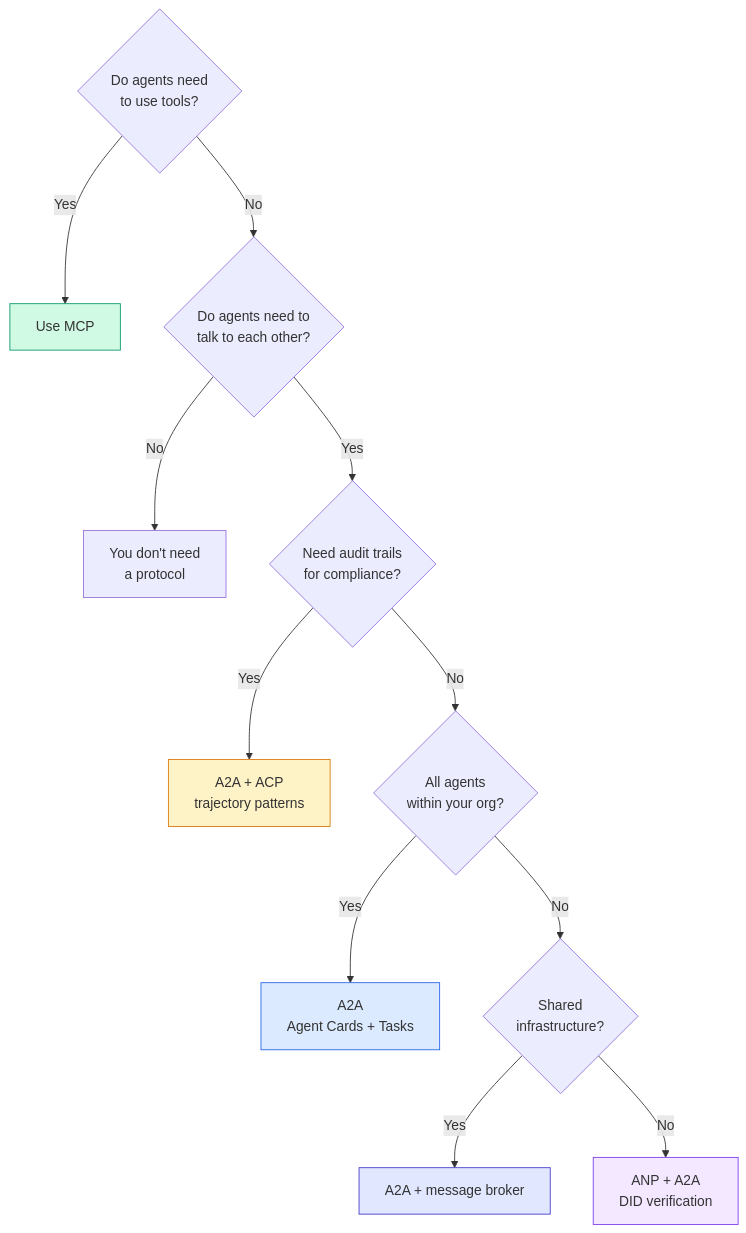
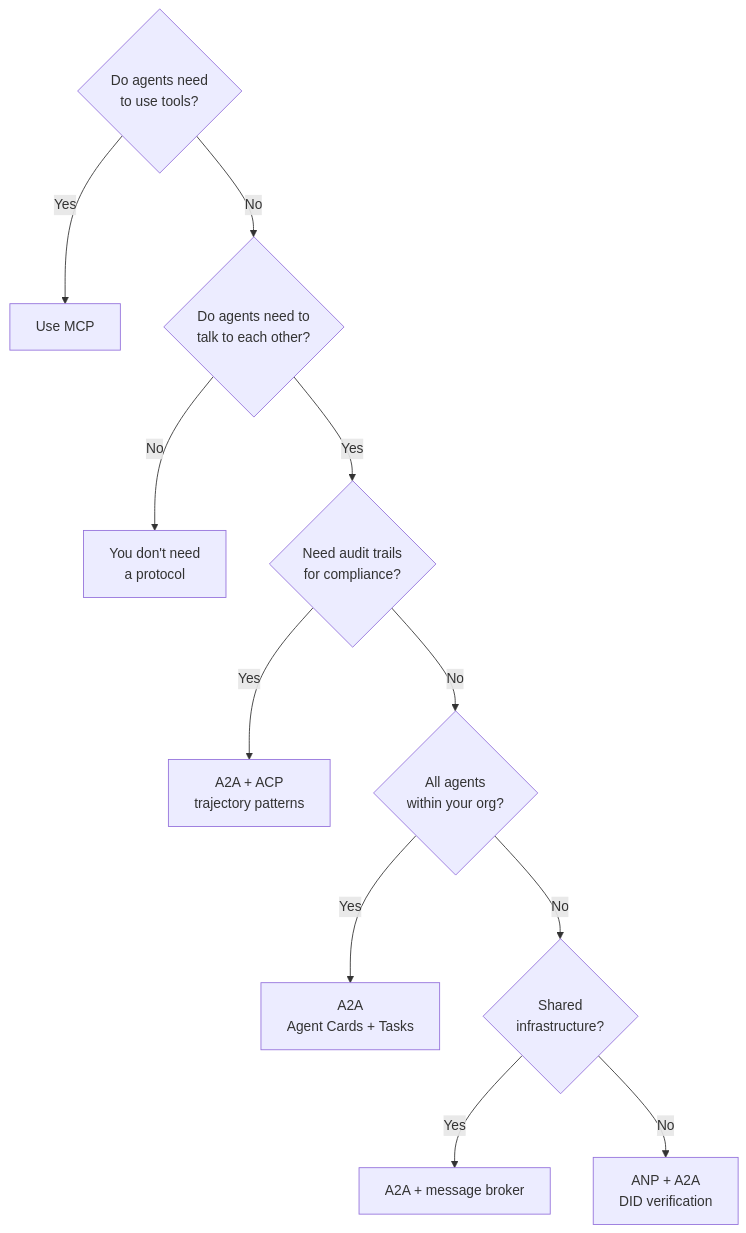
One commit to rohitg00/ai-engineering-from-scratch changed diagram 13 of 13 in phases/16-multi-agent-and-swarms/03-communication-protocols/docs/en.md. Above: the diagram before and after it, drawn with Mermaid. The commit also changed other lines of this file, not shown here.

Commit message:
fix(phase-16/03): repair communication diagrams

````diff
--- a/phases/16-multi-agent-and-swarms/03-communication-protocols/docs/en.md
+++ b/phases/16-multi-agent-and-swarms/03-communication-protocols/docs/en.md
@@ -1450,20 +1432,15 @@
 ```mermaid
 graph TD
     START{Do agents need<br/>to use tools?}
     START -->|Yes| MCP_R[Use MCP]
     START -->|No| TALK{Do agents need to<br/>talk to each other?}
     TALK -->|No| NONE[You don't need<br/>a protocol]
     TALK -->|Yes| AUDIT{Need audit trails<br/>for compliance?}
     AUDIT -->|Yes| ACP_R[A2A + ACP<br/>trajectory patterns]
     AUDIT -->|No| ORG{All agents<br/>within your org?}
     ORG -->|Yes| A2A_R[A2A<br/>Agent Cards + Tasks]
     ORG -->|No| INFRA{Shared<br/>infrastructure?}
     INFRA -->|Yes| BROKER[A2A + message broker]
     INFRA -->|No| ANP_R[ANP + A2A<br/>DID verification]
 
-    style MCP_R fill:#d1fae5,stroke:#059669
-    style A2A_R fill:#dbeafe,stroke:#2563eb
-    style ACP_R fill:#fef3c7,stroke:#d97706
-    style ANP_R fill:#f3e8ff,stroke:#7c3aed
-    style BROKER fill:#e0e7ff,stroke:#4338ca
 ```
````
